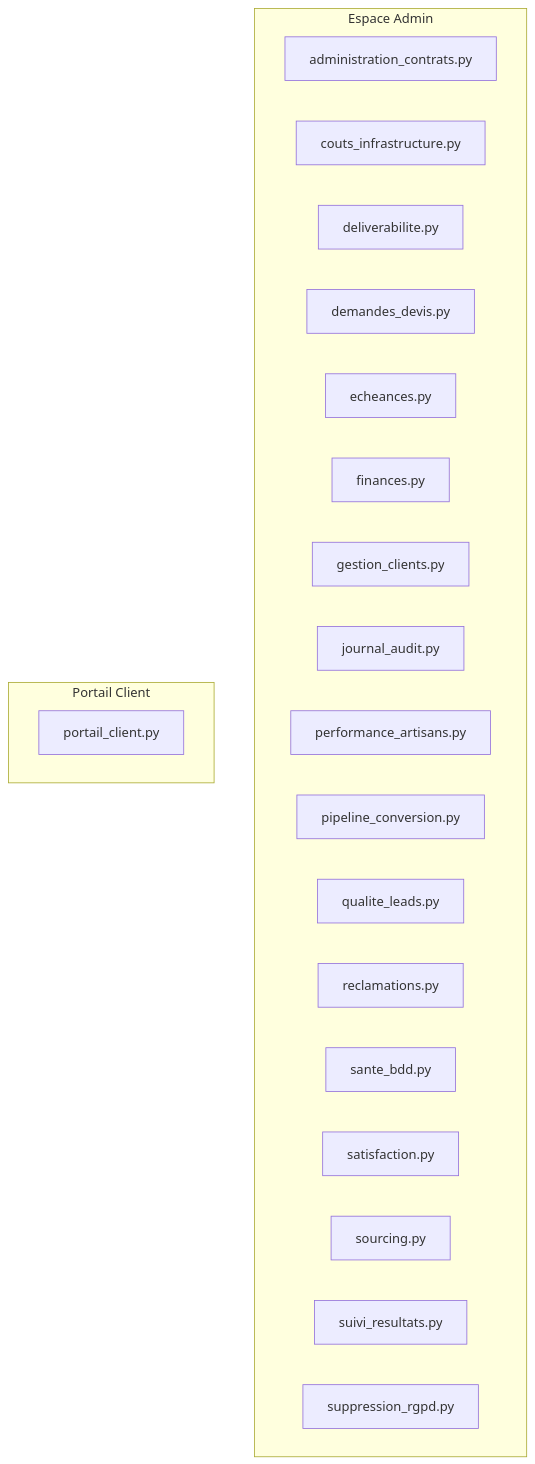
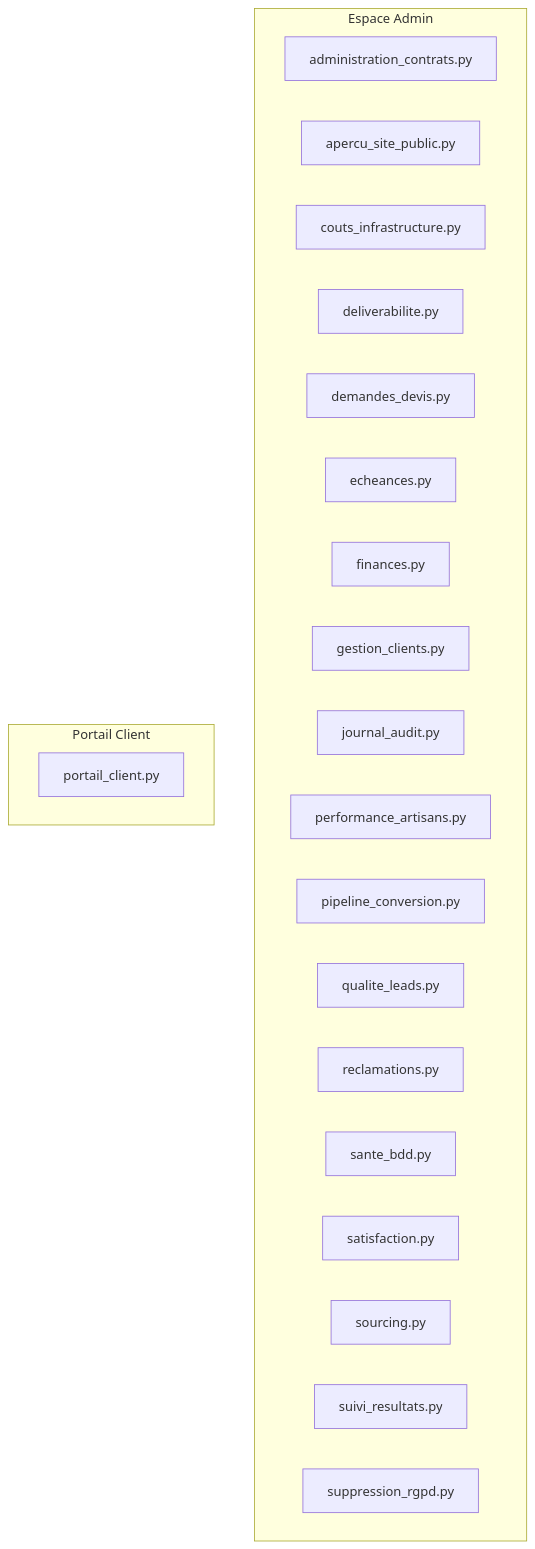
The third of 3 diagrams in docs/architecture_globale.md (contactmonagenceiapro-sudo/leads-creator), drawn with Mermaid before and after one commit. The commit also changed other lines of this file, not shown here.

Commit message:
docs: mise à jour automatique de l'architecture

````diff
--- a/docs/architecture_globale.md
+++ b/docs/architecture_globale.md
@@ -462,25 +462,26 @@
 ```mermaid
 flowchart TD
     subgraph ADMIN["Espace Admin"]
         administration_contrats_py["administration_contrats.py"]
+        apercu_site_public_py["apercu_site_public.py"]
         couts_infrastructure_py["couts_infrastructure.py"]
         deliverabilite_py["deliverabilite.py"]
         demandes_devis_py["demandes_devis.py"]
         echeances_py["echeances.py"]
         finances_py["finances.py"]
         gestion_clients_py["gestion_clients.py"]
         journal_audit_py["journal_audit.py"]
         performance_artisans_py["performance_artisans.py"]
         pipeline_conversion_py["pipeline_conversion.py"]
         qualite_leads_py["qualite_leads.py"]
         reclamations_py["reclamations.py"]
         sante_bdd_py["sante_bdd.py"]
         satisfaction_py["satisfaction.py"]
         sourcing_py["sourcing.py"]
         suivi_resultats_py["suivi_resultats.py"]
         suppression_rgpd_py["suppression_rgpd.py"]
     end
     subgraph CLIENT["Portail Client"]
         portail_client_py["portail_client.py"]
     end
 ```
````
